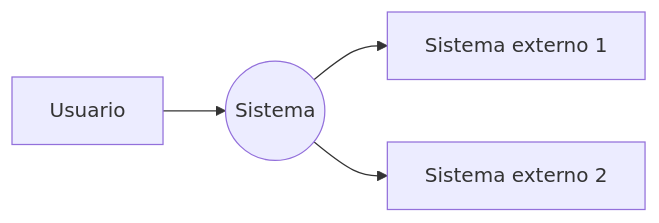
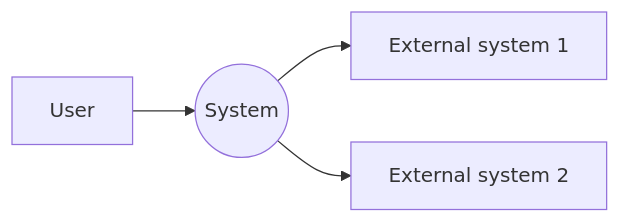
Before and after one commit to Daniel50726/Documentacion-Trabajo-de-Grado: the diagram in architecture/context-system/context.md, drawn with Mermaid. The commit also changed other lines of this file and 20 other files, not shown here.

Commit message:
docs: enrich BDD feature specs, update architecture views, and add AGENTS guide

````diff
--- a/architecture/context-system/context.md
+++ b/architecture/context-system/context.md
@@ -27,6 +23,6 @@
 ```mermaid
 graph LR
-    U[Usuario] --> S((Sistema))
-    S --> E1[Sistema externo 1]
-    S --> E2[Sistema externo 2]
+    U[User] --> S((System))
+    S --> E1[External system 1]
+    S --> E2[External system 2]
 ```
````
